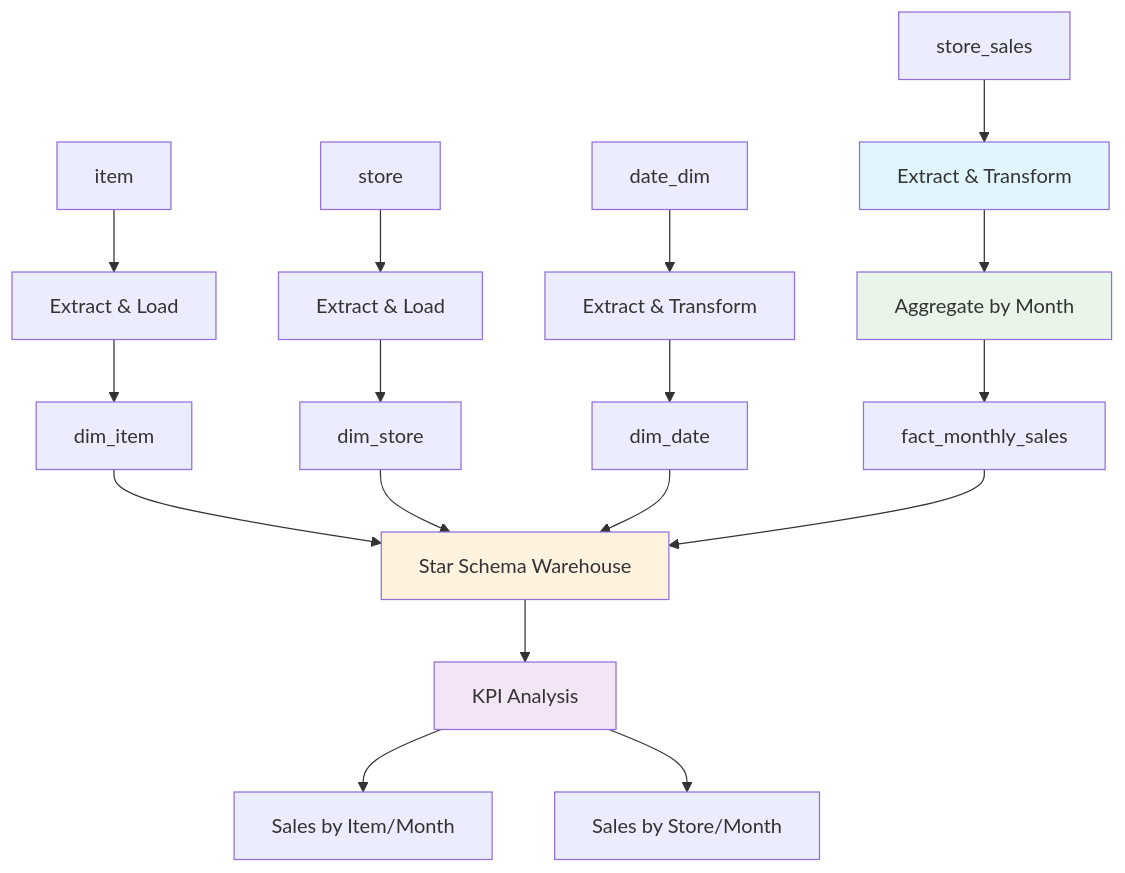
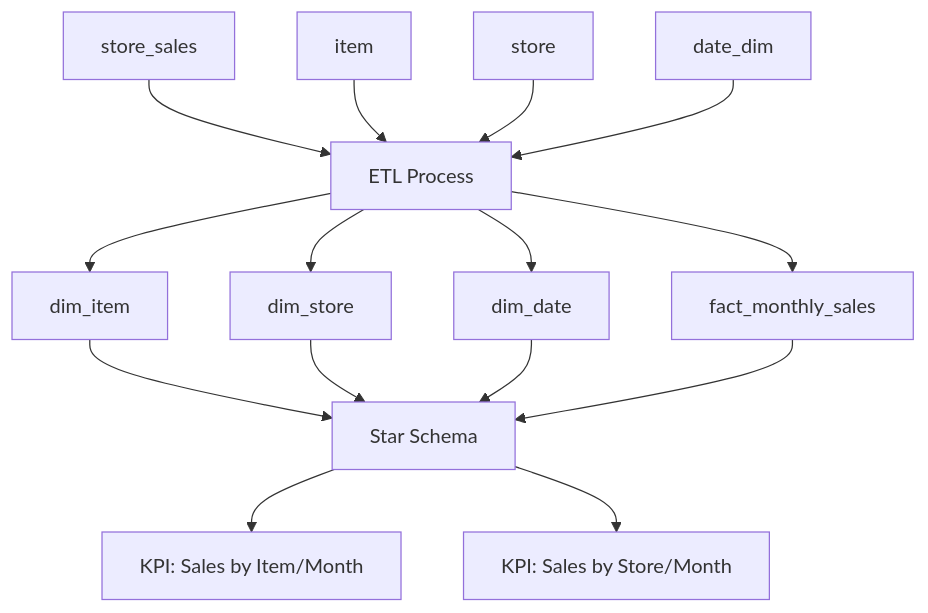
One commit to mrmaheshdattamishra-crypto/etl-scripts changed the second of 3 diagrams in agentic-code/monthly_sales_star_schema/README.md. Above: the diagram before and after it, drawn with Mermaid. The commit also changed other lines of this file, not shown here.

First line of the commit message:
Add comprehensive ETL design document for monthly sales star schema

````diff
--- a/agentic-code/monthly_sales_star_schema/README.md
+++ b/agentic-code/monthly_sales_star_schema/README.md
@@ -126,28 +124,20 @@
 ```mermaid
 flowchart TD
-    A[store_sales] --> E[Extract & Transform]
-    B[item] --> F[Extract & Load]
-    C[store] --> G[Extract & Load]
-    D[date_dim] --> H[Extract & Transform]
+    A[store_sales] --> E[ETL Process]
+    B[item] --> E
+    C[store] --> E
+    D[date_dim] --> E
     
-    E --> I[Aggregate by Month]
-    F --> J[dim_item]
-    G --> K[dim_store]
-    H --> L[dim_date]
+    E --> F[dim_item]
+    E --> G[dim_store] 
+    E --> H[dim_date]
+    E --> I[fact_monthly_sales]
     
-    I --> M[fact_monthly_sales]
+    F --> J[Star Schema]
+    G --> J
+    H --> J
+    I --> J
     
-    J --> N[Star Schema Warehouse]
-    K --> N
-    L --> N
-    M --> N
-    
-    N --> O[KPI Analysis]
-    O --> P[Sales by Item/Month]
-    O --> Q[Sales by Store/Month]
-    
-    style E fill:#e1f5fe
-    style I fill:#e8f5e8
-    style N fill:#fff3e0
-    style O fill:#f3e5f5
+    J --> K[KPI: Sales by Item/Month]
+    J --> L[KPI: Sales by Store/Month]
 ```
````
